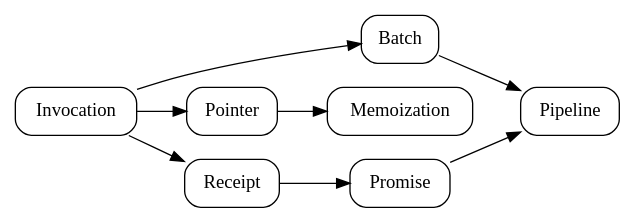
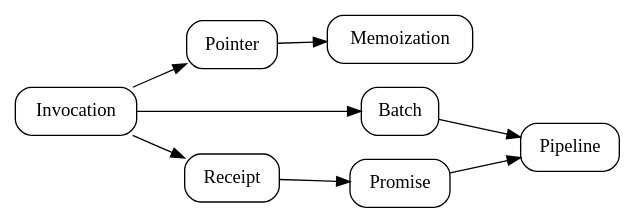
One commit to ucan-wg/invocation changed the diagram in diagrams/concepts.dot. Above: the diagram before and after it, drawn with Graphviz. The commit also changed other lines of this file, not shown here.

```diff
--- a/diagrams/concepts.dot
+++ b/diagrams/concepts.dot
@@ -1,12 +1,12 @@
 digraph {
     rankdir="LR"
 
     node [
       style=rounded
       shape=box
     ]
 
+    Invocation -> Pointer -> Memoization
     Invocation -> Batch -> Pipeline
-    Invocation -> Pointer -> Memoization
     Invocation -> Receipt -> Promise -> Pipeline
 }
```
